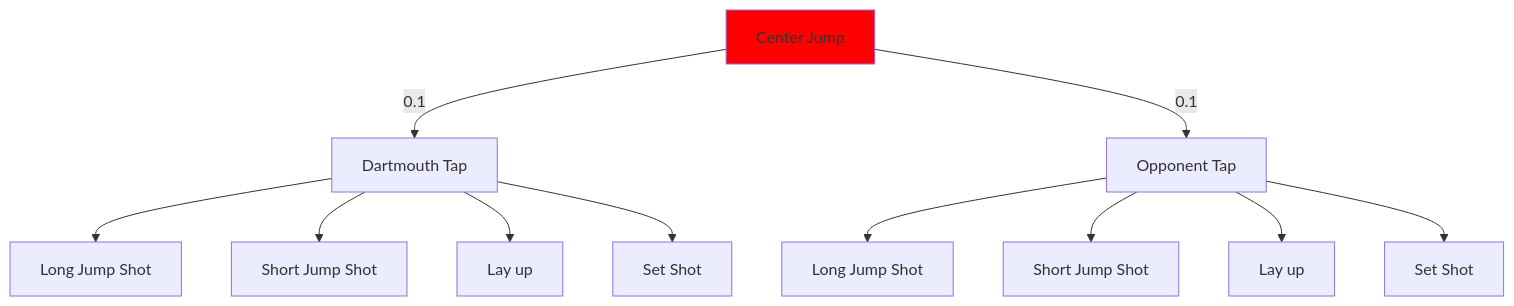
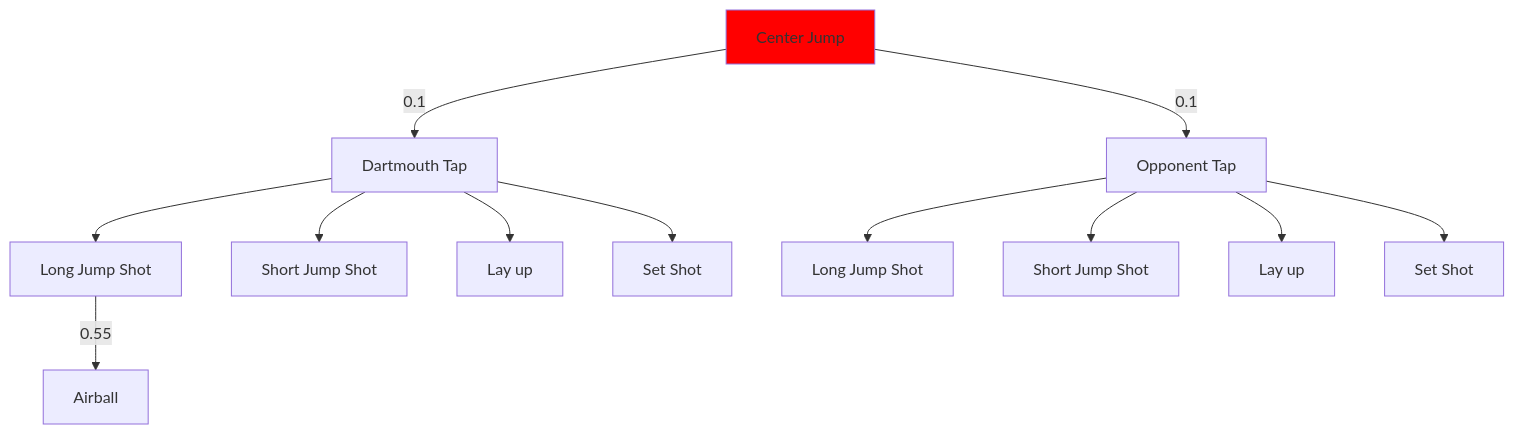
One commit to JimbyRaynor/BasketBall changed the diagram in README.md. Above: the diagram before and after it, drawn with Mermaid.

````diff
--- a/README.md
+++ b/README.md
@@ -5,17 +5,19 @@
 ```mermaid 
 graph TD;
     A[Center Jump]-->|0.1|B[Dartmouth Tap];
     A[Center Jump]-->|0.1|C[Opponent Tap];
     B-->D[Long Jump Shot];
     B-->E[Short Jump Shot];
     B-->F[Lay up];
     B-->G[Set Shot];
     C-->H[Long Jump Shot];
     C-->I[Short Jump Shot];
     C-->J[Lay up];
     C-->K[Set Shot];
 
+    D --> |0.55|L[Airball]
+
 
 style A fill:#ff0000;
 
 ```
````
